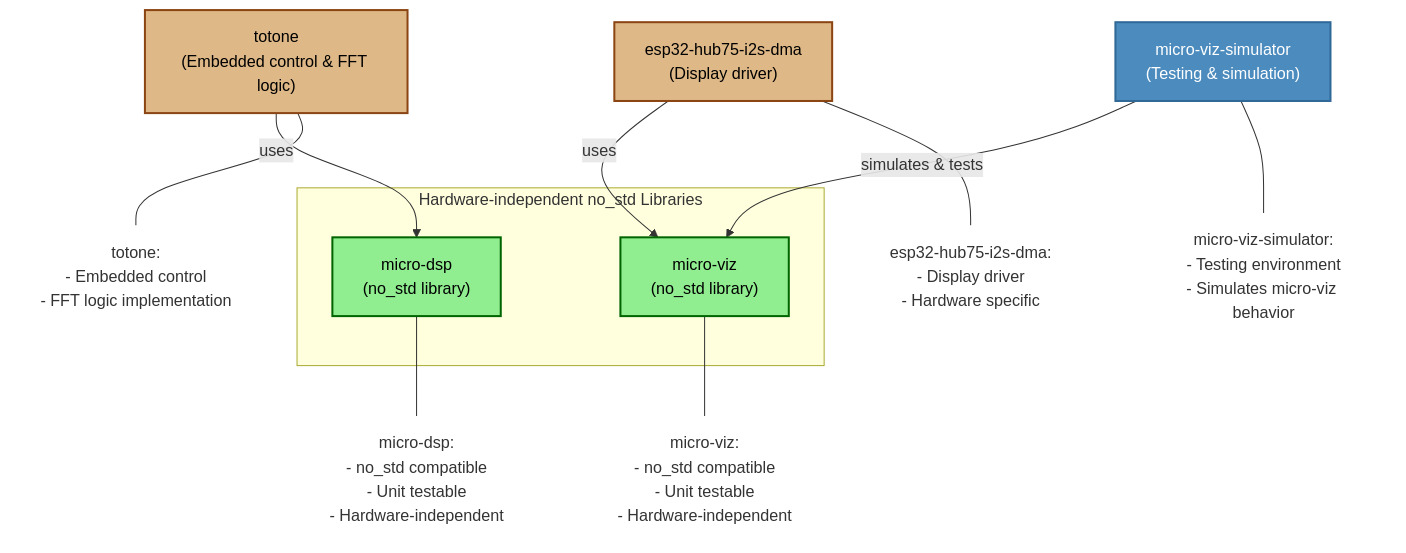
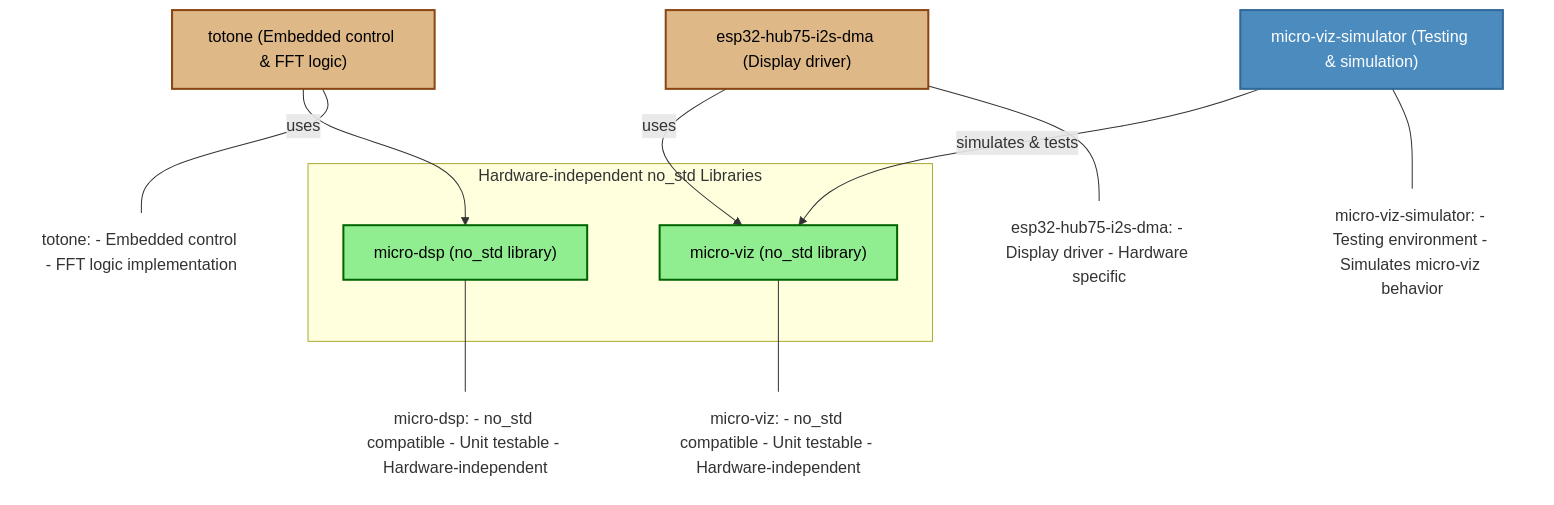
One commit to salsasteve/totone changed the diagram in LIBRARY_LAYOUT.md. Above: the diagram before and after it, drawn with Mermaid. The commit also changed 12 other files, not shown here.

````diff
--- a/LIBRARY_LAYOUT.md
+++ b/LIBRARY_LAYOUT.md
@@ -1,46 +1,46 @@
 ```mermaid
 graph TD
     %% Define the main components
-    totone["totone\n(Embedded control & FFT logic)"]
-    esp32["esp32-hub75-i2s-dma\n(Display driver)"]
-    dsp["micro-dsp\n(no_std library)"]
-    viz["micro-viz\n(no_std library)"]
-    sim["micro-viz-simulator\n(Testing & simulation)"]
+    totone["totone (Embedded control & FFT logic)"]
+    esp32["esp32-hub75-i2s-dma (Display driver)"]
+    dsp["micro-dsp (no_std library)"]
+    viz["micro-viz (no_std library)"]
+    sim["micro-viz-simulator (Testing & simulation)"]
     
     %% Define relationships
     totone -->|uses| dsp
     esp32 -->|uses| viz
     sim -->|simulates & tests| viz
     
     %% Add subgraph for the no_std libraries
     subgraph "Hardware-independent no_std Libraries"
         dsp
         viz
     end
     
     %% Add notes about the libraries
     classDef noStd fill:#90ee90,stroke:#006400,stroke-width:2px,color:black;
     classDef application fill:#deb887,stroke:#8b4513,stroke-width:2px,color:black;
     classDef tester fill:#4b8bbe,color:white,stroke:#306998,stroke-width:2px;
     
     class dsp,viz noStd;
     class totone,esp32 application;
     class sim tester;
     
     %% Add descriptions
-    dspLabel["micro-dsp:\n- no_std compatible\n- Unit testable\n- Hardware-independent"]
-    vizLabel["micro-viz:\n- no_std compatible\n- Unit testable\n- Hardware-independent"]
-    totoneLabel["totone:\n- Embedded control\n- FFT logic implementation"]
-    esp32Label["esp32-hub75-i2s-dma:\n- Display driver\n- Hardware specific"]
-    simLabel["micro-viz-simulator:\n- Testing environment\n- Simulates micro-viz behavior"]
+    dspLabel["micro-dsp: - no_std compatible - Unit testable - Hardware-independent"]
+    vizLabel["micro-viz: - no_std compatible - Unit testable - Hardware-independent"]
+    totoneLabel["totone: - Embedded control - FFT logic implementation"]
+    esp32Label["esp32-hub75-i2s-dma: - Display driver - Hardware specific"]
+    simLabel["micro-viz-simulator: - Testing environment - Simulates micro-viz behavior"]
     
     dsp --- dspLabel
     viz --- vizLabel
     totone --- totoneLabel
     esp32 --- esp32Label
     sim --- simLabel
     
     %% Use transparent style for labels
     classDef label fill:none,stroke:none;
     class dspLabel,vizLabel,totoneLabel,esp32Label,simLabel label;
 ```
````
